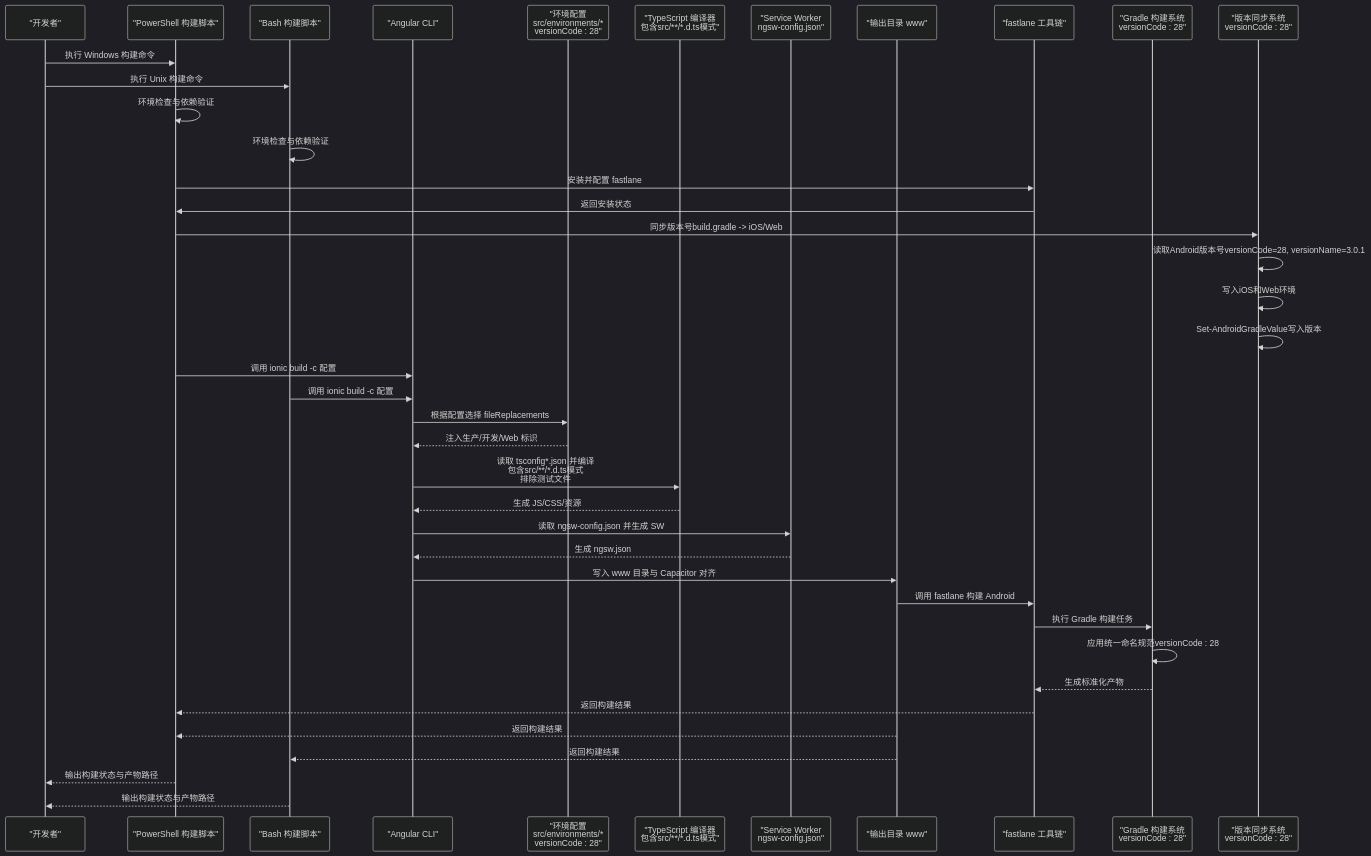
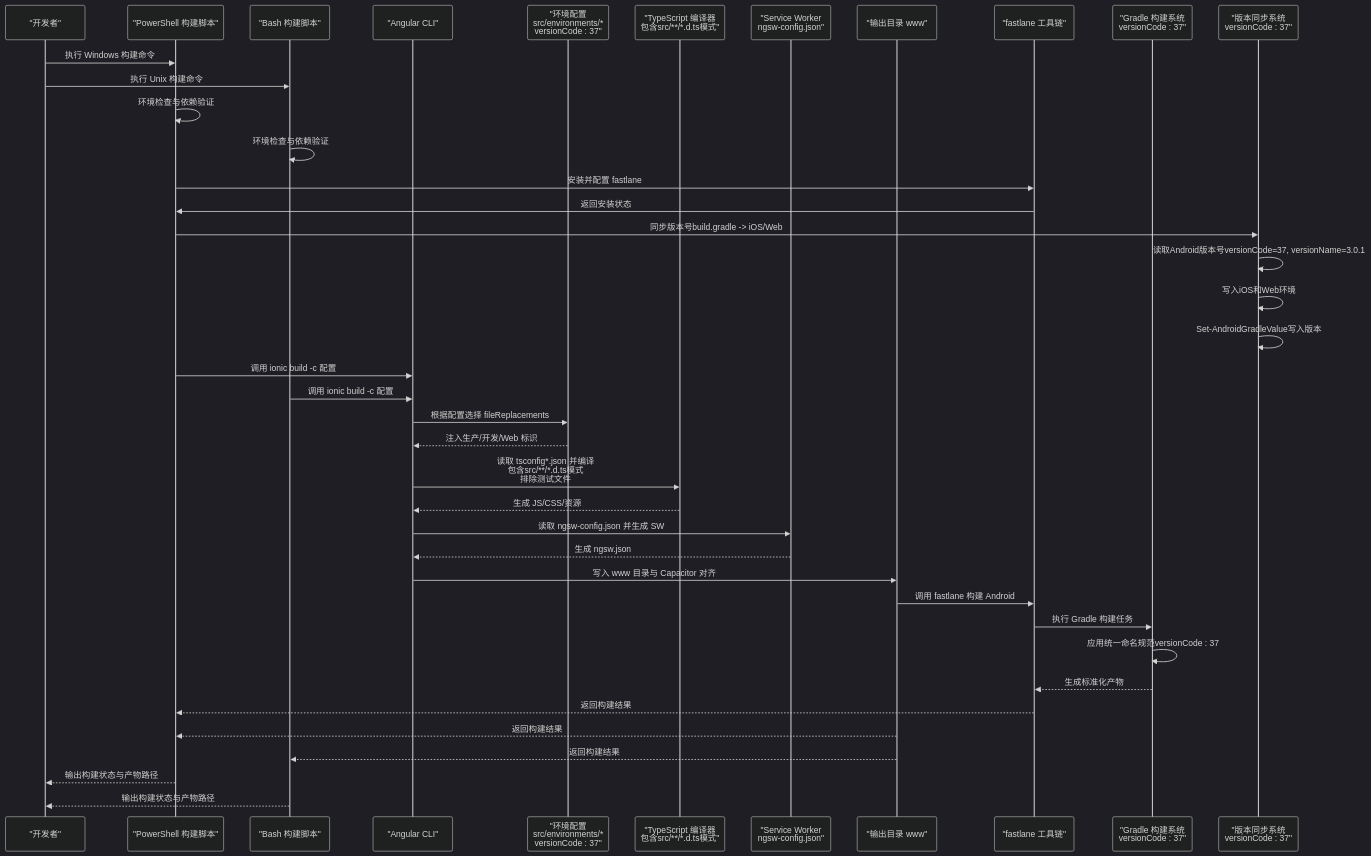
Before and after one commit to tea4go/Macro-Deck-Client-App: the second of 6 diagrams in .qoder/repowiki/zh/content/构建与部署/构建配置.md, drawn with Mermaid (dark theme). The commit also changed other lines of this file and 39 other files, not shown here.

````diff
--- a/.qoder/repowiki/zh/content/构建与部署/构建配置.md
+++ b/.qoder/repowiki/zh/content/构建与部署/构建配置.md
@@ -194,42 +194,42 @@
 ```mermaid
 sequenceDiagram
 participant Dev as "开发者"
 participant WinPS as "PowerShell 构建脚本"
 participant UnixSh as "Bash 构建脚本"
 participant CLI as "Angular CLI"
-participant Env as "环境配置<br/>src/environments/*<br/>versionCode : 28"
+participant Env as "环境配置<br/>src/environments/*<br/>versionCode : 37"
 participant TS as "TypeScript 编译器<br/>包含src/**/*.d.ts模式"
 participant SW as "Service Worker<br/>ngsw-config.json"
 participant Out as "输出目录 www"
 participant Fastlane as "fastlane 工具链"
-participant Gradle as "Gradle 构建系统<br/>versionCode : 28"
-participant VersionSync as "版本同步系统<br/>versionCode : 28"
+participant Gradle as "Gradle 构建系统<br/>versionCode : 37"
+participant VersionSync as "版本同步系统<br/>versionCode : 37"
 Dev->>WinPS : 执行 Windows 构建命令
 Dev->>UnixSh : 执行 Unix 构建命令
 WinPS->>WinPS : 环境检查与依赖验证
 UnixSh->>UnixSh : 环境检查与依赖验证
 WinPS->>Fastlane : 安装并配置 fastlane
 Fastlane->>WinPS : 返回安装状态
 WinPS->>VersionSync : 同步版本号build.gradle -> iOS/Web
-VersionSync->>VersionSync : 读取Android版本号versionCode=28, versionName=3.0.1
+VersionSync->>VersionSync : 读取Android版本号versionCode=37, versionName=3.0.1
 VersionSync->>VersionSync : 写入iOS和Web环境
 VersionSync->>VersionSync : Set-AndroidGradleValue写入版本
 WinPS->>CLI : 调用 ionic build -c 配置
 UnixSh->>CLI : 调用 ionic build -c 配置
 CLI->>Env : 根据配置选择 fileReplacements
 Env-->>CLI : 注入生产/开发/Web 标识
 CLI->>TS : 读取 tsconfig*.json 并编译<br/>包含src/**/*.d.ts模式<br/>排除测试文件
 TS-->>CLI : 生成 JS/CSS/资源
 CLI->>SW : 读取 ngsw-config.json 并生成 SW
 SW-->>CLI : 生成 ngsw.json
 CLI->>Out : 写入 www 目录与 Capacitor 对齐
 Out->>Fastlane : 调用 fastlane 构建 Android
 Fastlane->>Gradle : 执行 Gradle 构建任务
-Gradle->>Gradle : 应用统一命名规范versionCode : 28
+Gradle->>Gradle : 应用统一命名规范versionCode : 37
 Gradle-->>Fastlane : 生成标准化产物
 Fastlane-->>WinPS : 返回构建结果
 Out-->>WinPS : 返回构建结果
 Out-->>UnixSh : 返回构建结果
 WinPS-->>Dev : 输出构建状态与产物路径
 UnixSh-->>Dev : 输出构建状态与产物路径
 ```
````
